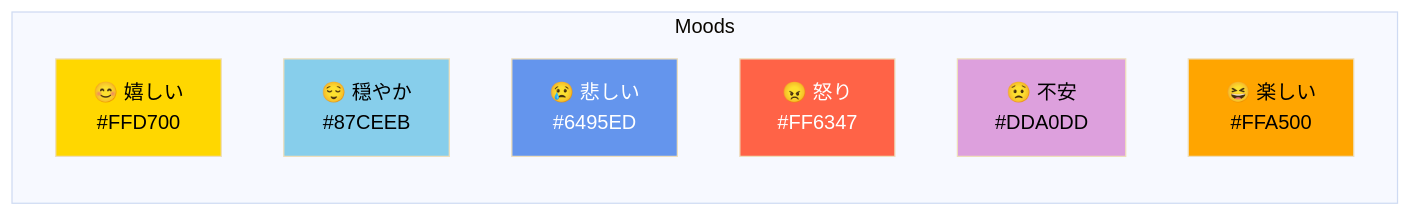
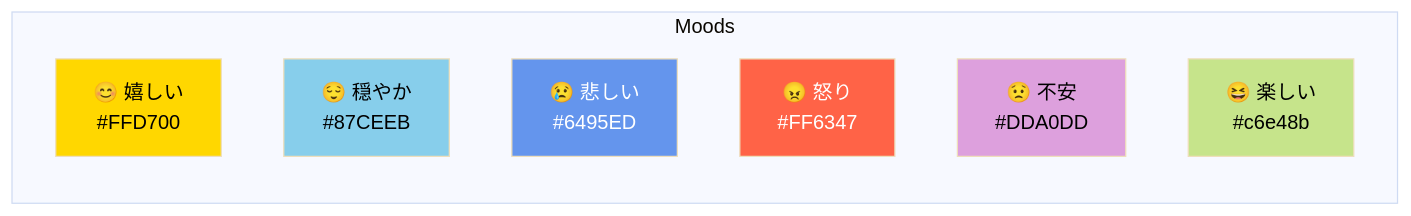
The third of 4 diagrams in docs/architecture/calendar.md (shimabox/400-diary), drawn with Mermaid (base theme) before and after one commit. The commit also changed other lines of this file and 4 other files, not shown here.

Commit message:
architecture docsを現行実装に揃える (#45)

````diff
--- a/docs/architecture/calendar.md
+++ b/docs/architecture/calendar.md
@@ -82,18 +82,18 @@
 ```mermaid
 graph LR
     subgraph Moods
         H["😊 嬉しい<br/>#FFD700"]
         C["😌 穏やか<br/>#87CEEB"]
         S["😢 悲しい<br/>#6495ED"]
         A["😠 怒り<br/>#FF6347"]
         X["😟 不安<br/>#DDA0DD"]
-        F["😆 楽しい<br/>#FFA500"]
+        F["😆 楽しい<br/>#c6e48b"]
     end
 
     style H fill:#FFD700,color:#000
     style C fill:#87CEEB,color:#000
     style S fill:#6495ED,color:#fff
     style A fill:#FF6347,color:#fff
     style X fill:#DDA0DD,color:#000
-    style F fill:#FFA500,color:#000
+    style F fill:#c6e48b,color:#000
 ```
````
